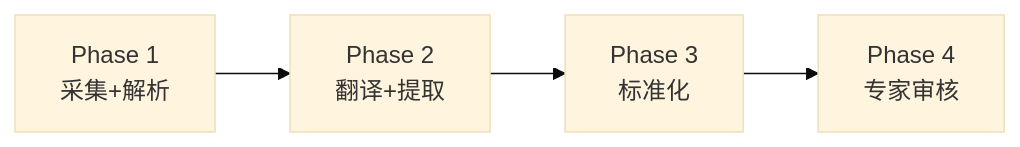
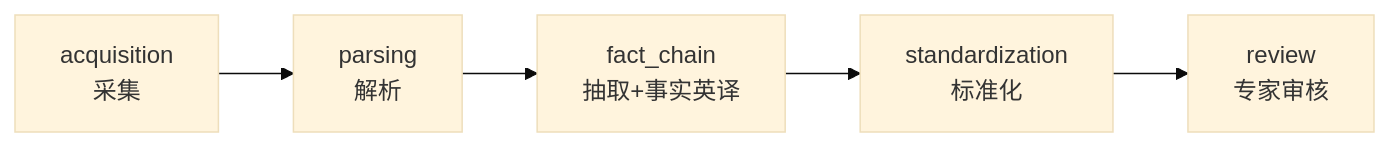
One commit to PhenoGenoLab/LinguaSeeker changed the diagram in backend/README.md. Above: the diagram before and after it, drawn with Mermaid (base theme). The commit also changed other lines of this file and 71 other files, not shown here.

````diff
--- a/backend/README.md
+++ b/backend/README.md
@@ -51,6 +53,7 @@
 ```mermaid
 graph LR
-    A[Phase 1<br/>采集+解析] --> B[Phase 2<br/>翻译+提取]
-    B --> C[Phase 3<br/>标准化]
-    C --> D[Phase 4<br/>专家审核]
+    A[acquisition<br/>采集] --> B[parsing<br/>解析]
+    B --> C[fact_chain<br/>抽取+事实英译]
+    C --> D[standardization<br/>标准化]
+    D --> E[review<br/>专家审核]
 ```
````
